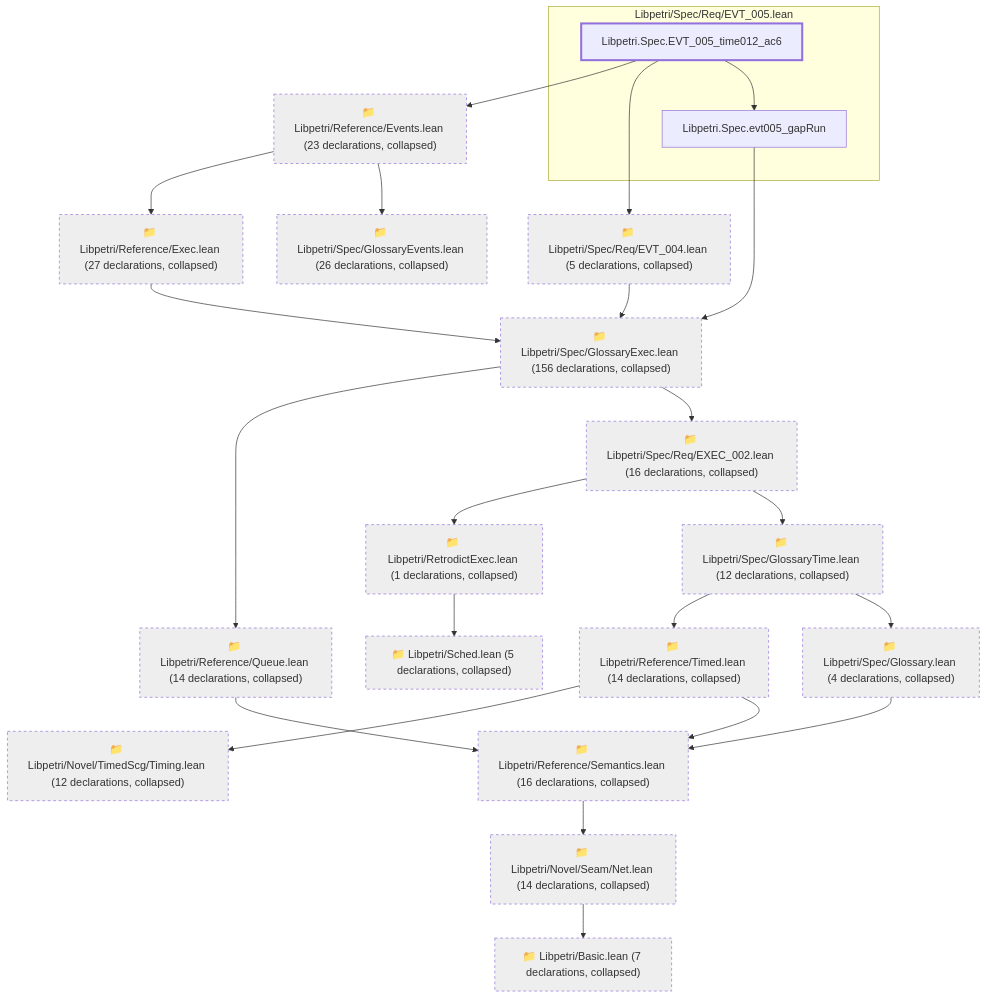
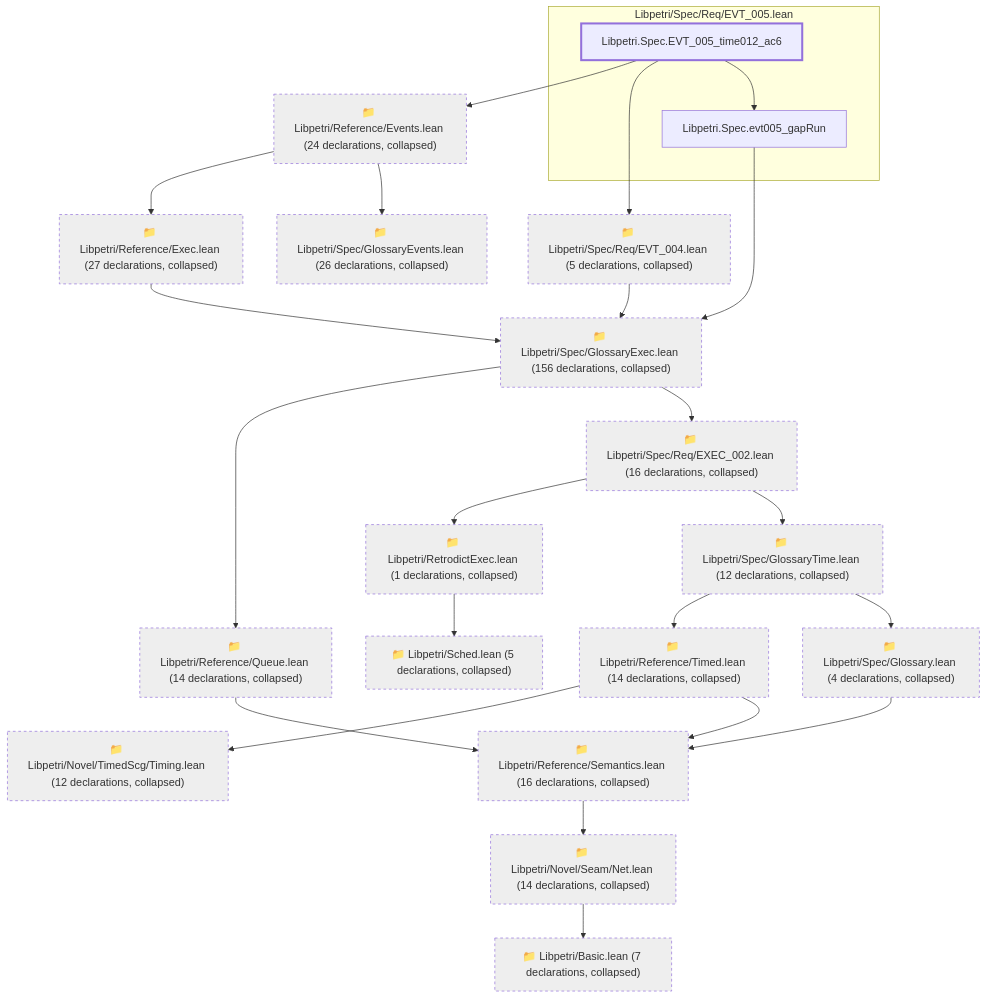
The sixth of 7 diagrams in lean/graph/requirements/TIME-012.md (debe/libpetri), drawn with Mermaid before and after one commit. The commit also changed other lines of this file and 393 other files, not shown here.

First line of the commit message:
feat(spec): AI sign-off of every Lean requirement block; defect ledger closed

````diff
--- a/lean/graph/requirements/TIME-012.md
+++ b/lean/graph/requirements/TIME-012.md
@@ -576,49 +576,49 @@
 ```mermaid
 flowchart TD
   subgraph g0["Libpetri/Spec/Req/EVT_005.lean"]
-    n6319["Libpetri.Spec.EVT_005_time012_ac6"]
-    n14826["Libpetri.Spec.evt005_gapRun"]
+    n6352["Libpetri.Spec.EVT_005_time012_ac6"]
+    n15048["Libpetri.Spec.evt005_gapRun"]
   end
   c0["📁 Libpetri/Basic.lean (7 declarations, collapsed)"]
   c54["📁 Libpetri/Novel/Seam/Net.lean (14 declarations, collapsed)"]
   c66["📁 Libpetri/Novel/TimedScg/Timing.lean (12 declarations, collapsed)"]
-  c78["📁 Libpetri/Reference/Events.lean (23 declarations, collapsed)"]
+  c78["📁 Libpetri/Reference/Events.lean (24 declarations, collapsed)"]
   c80["📁 Libpetri/Reference/Exec.lean (27 declarations, collapsed)"]
   c91["📁 Libpetri/Reference/Queue.lean (14 declarations, collapsed)"]
   c94["📁 Libpetri/Reference/Semantics.lean (16 declarations, collapsed)"]
   c98["📁 Libpetri/Reference/Timed.lean (14 declarations, collapsed)"]
   c103["📁 Libpetri/RetrodictExec.lean (1 declarations, collapsed)"]
   c109["📁 Libpetri/Sched.lean (5 declarations, collapsed)"]
   c132["📁 Libpetri/Spec/Glossary.lean (4 declarations, collapsed)"]
   c138["📁 Libpetri/Spec/GlossaryEvents.lean (26 declarations, collapsed)"]
   c139["📁 Libpetri/Spec/GlossaryExec.lean (156 declarations, collapsed)"]
   c146["📁 Libpetri/Spec/GlossaryTime.lean (12 declarations, collapsed)"]
   c210["📁 Libpetri/Spec/Req/EVT_004.lean (5 declarations, collapsed)"]
   c232["📁 Libpetri/Spec/Req/EXEC_002.lean (16 declarations, collapsed)"]
   c54 --> c0
   c78 --> c80
   c78 --> c138
   c80 --> c139
   c91 --> c94
   c94 --> c54
   c98 --> c66
   c98 --> c94
   c103 --> c109
   c132 --> c94
   c139 --> c91
   c139 --> c232
   c146 --> c98
   c146 --> c132
   c210 --> c139
   c232 --> c103
   c232 --> c146
-  n6319 --> c78
-  n6319 --> c210
-  n6319 --> n14826
-  n14826 --> c139
+  n6352 --> c78
+  n6352 --> c210
+  n6352 --> n15048
+  n15048 --> c139
   classDef root stroke-width:3px
   classDef locked fill:#fff3cd,stroke:#b8860b
   classDef collapsed fill:#eeeeee,stroke-dasharray:4 4
-  class n6319 root
+  class n6352 root
   class c0,c54,c66,c78,c80,c91,c94,c98,c103,c109,c132,c138,c139,c146,c210,c232 collapsed
 ```
````
